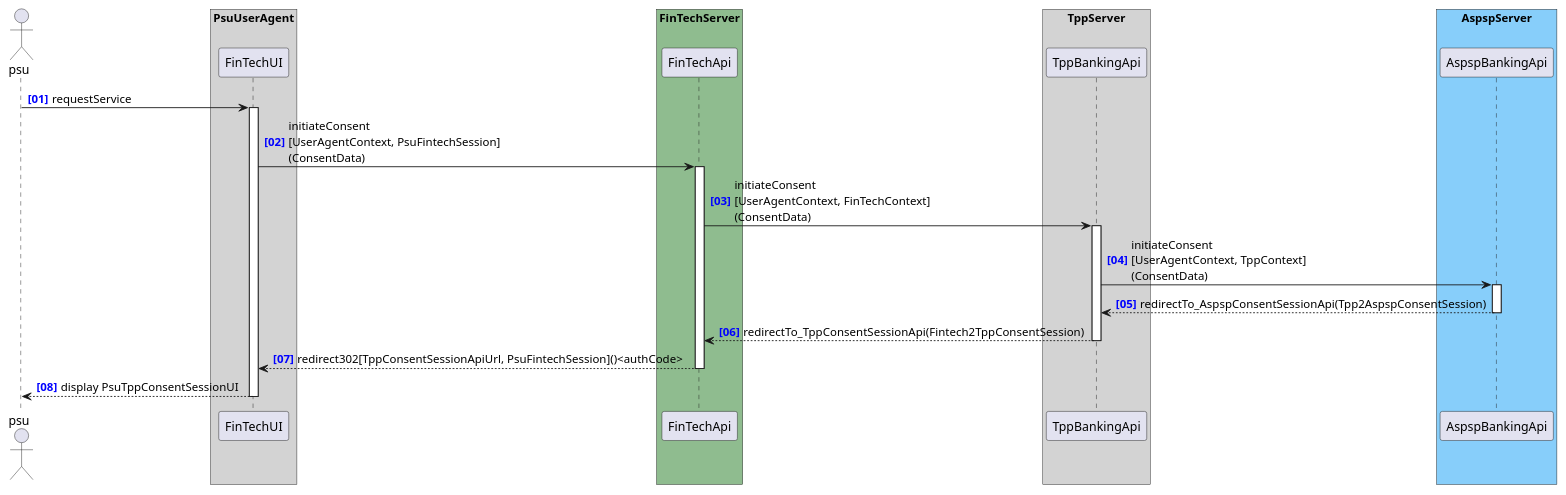
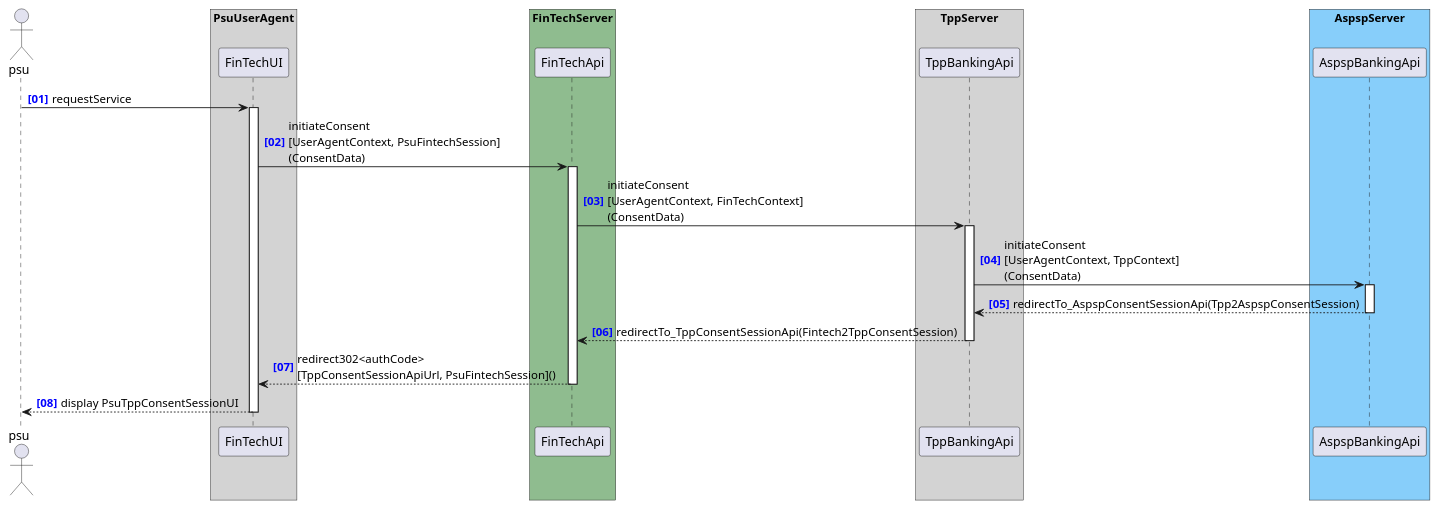
Before and after one commit to adorsys/open-banking-gateway: the diagram in docs/architecture/diagrams/consentSession/PsuInitConsent.puml, drawn with PlantUML. The commit also changed 2 other files, not shown here.

```diff
--- a/docs/architecture/diagrams/consentSession/PsuInitConsent.puml
+++ b/docs/architecture/diagrams/consentSession/PsuInitConsent.puml
@@ -1,28 +1,27 @@
 @startuml
 
 autonumber "<b><color blue>[00]"
 actor psu
 
 box "PsuUserAgent" #LightGray
     participant "FinTechUI" as FinTechUI
 end box
 box "FinTechServer" #DarkSeaGreen
     participant "FinTechApi" as FinTechApi
 end box
 box "TppServer" #LightGray
     participant "TppBankingApi" as TppBankingApi
 end box
 box "AspspServer" #LightSkyBlue
     participant "AspspBankingApi" as AspspConsentSessionApi
 end box
 
 psu -> FinTechUI ++ : requestService
 FinTechUI -> FinTechApi ++ : initiateConsent\n[UserAgentContext, PsuFintechSession]\n(ConsentData)
 FinTechApi -> TppBankingApi ++ : initiateConsent\n[UserAgentContext, FinTechContext]\n(ConsentData)
 TppBankingApi -> AspspConsentSessionApi ++ : initiateConsent\n[UserAgentContext, TppContext]\n(ConsentData) 
 return redirectTo_AspspConsentSessionApi(Tpp2AspspConsentSession)
 return redirectTo_TppConsentSessionApi(Fintech2TppConsentSession)
-return redirect302[TppConsentSessionApiUrl, PsuFintechSession]()<authCode>
+return redirect302<authCode>\n[TppConsentSessionApiUrl, PsuFintechSession]()
 return display PsuTppConsentSessionUI
-'return redirect302[TppConsentSessionApi, PsuFintechSession]()
 @enduml
```
